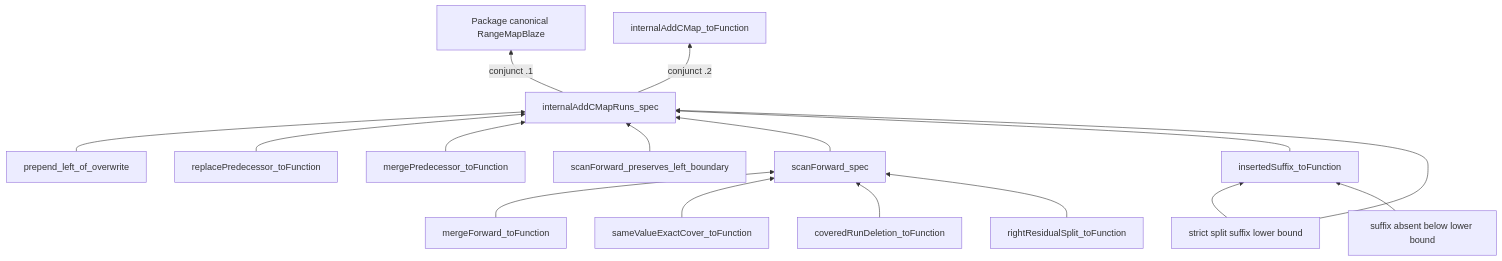
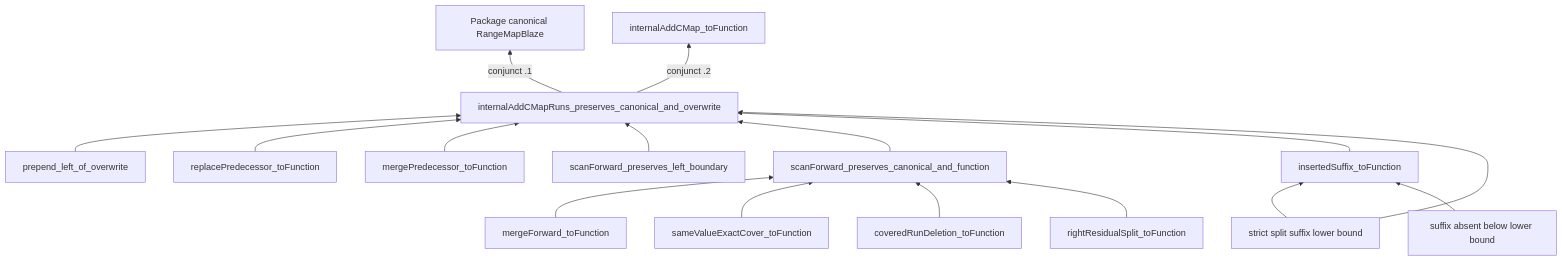
One commit to CarlKCarlK/range-set-blaze-vibe-validation changed the third of 3 diagrams in specs/algo-c-map-correctness-proof-sketch.md. Above: the diagram before and after it, drawn with Mermaid. The commit also changed other lines of this file and 9 other files, not shown here.

````diff
--- a/specs/algo-c-map-correctness-proof-sketch.md
+++ b/specs/algo-c-map-correctness-proof-sketch.md
@@ -173,20 +173,20 @@
 ```mermaid
 flowchart BT
-  MF[mergeForward_toFunction] --> SF[scanForward_spec]
+  MF[mergeForward_toFunction] --> SF[scanForward_preserves_canonical_and_function]
   EC[sameValueExactCover_toFunction] --> SF
   CD[coveredRunDeletion_toFunction] --> SF
   RR[rightResidualSplit_toFunction] --> SF
 
   LB[strict split suffix lower bound] --> INS[insertedSuffix_toFunction]
   NONE[suffix absent below lower bound] --> INS
-  LEFT[prepend_left_of_overwrite] --> TOP[internalAddCMapRuns_spec]
+  LEFT[prepend_left_of_overwrite] --> TOP[internalAddCMapRuns_preserves_canonical_and_overwrite]
   REPL[replacePredecessor_toFunction] --> TOP
   MERGEP[mergePredecessor_toFunction] --> TOP
   BOUND[scanForward_preserves_left_boundary] --> TOP
   SF --> TOP
   INS --> TOP
   LB --> TOP
 
   TOP -->|conjunct .1| PACK[Package canonical RangeMapBlaze]
   TOP -->|conjunct .2| PUB[internalAddCMap_toFunction]
 ```
````
